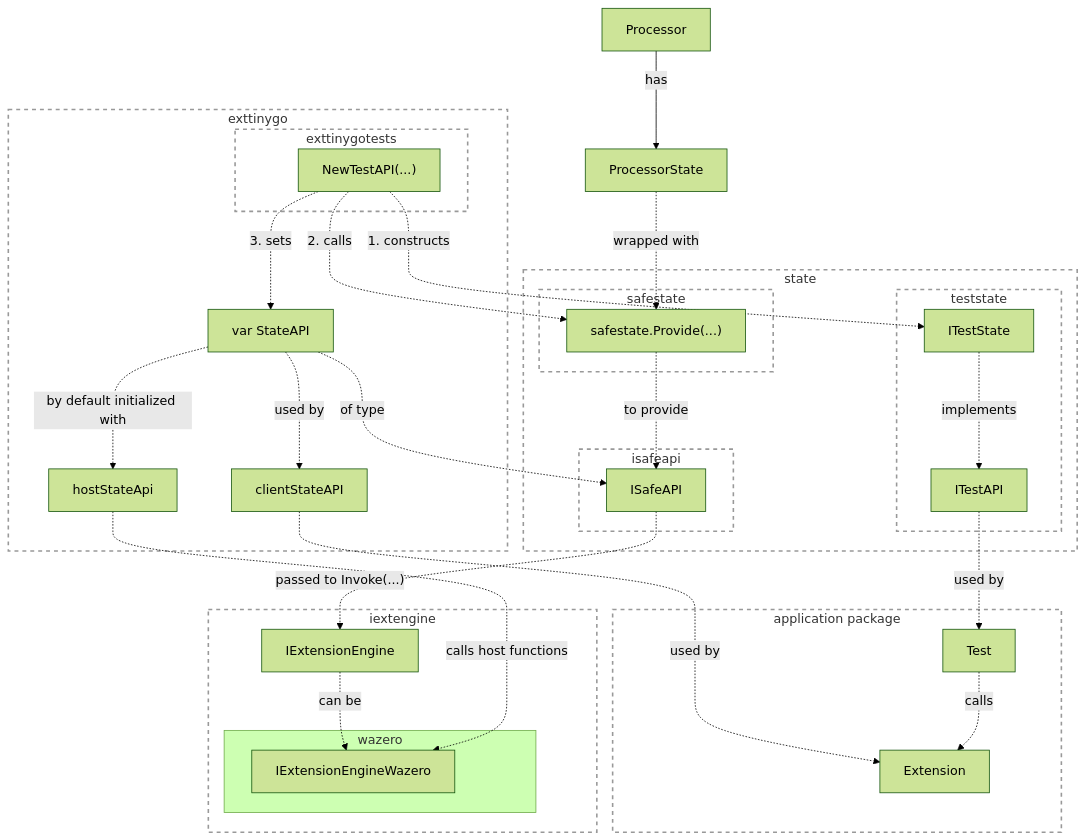
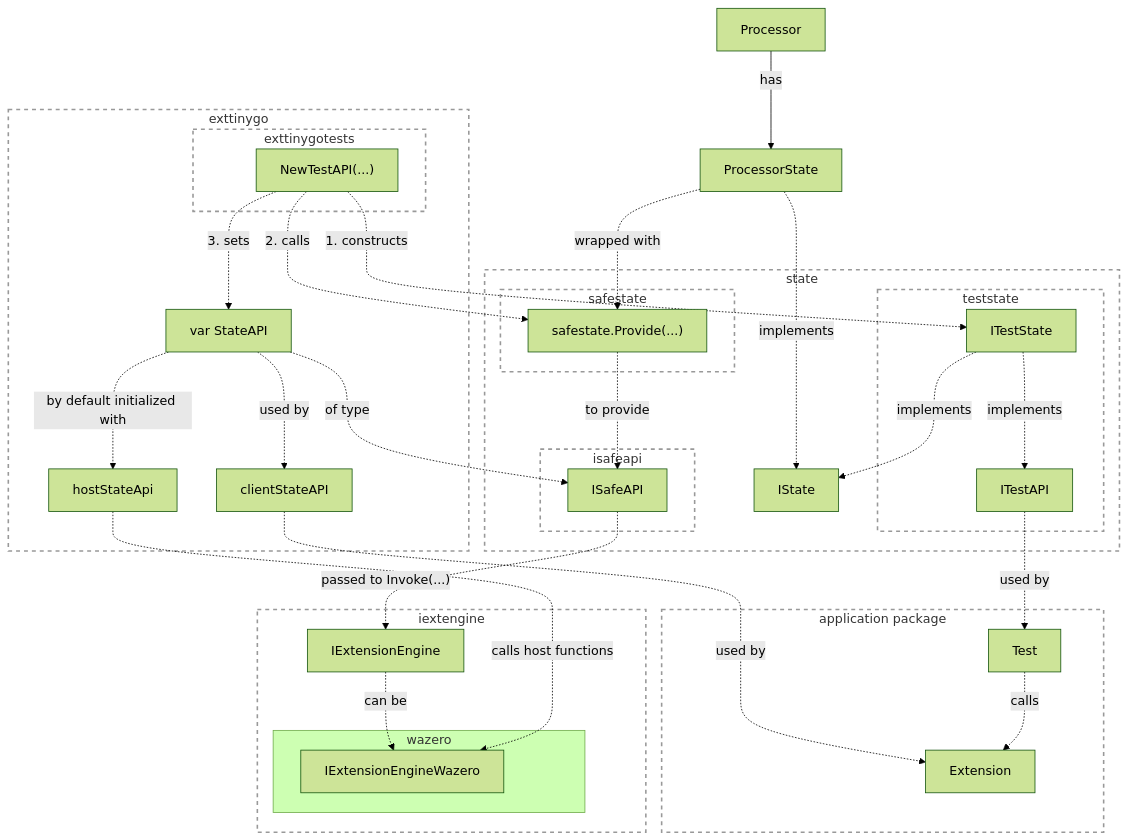
Before and after one commit to voedger/voedger: the diagram in pkg/state/README.md, drawn with Mermaid (forest theme).

Commit message:
state: readme

````diff
--- a/pkg/state/README.md
+++ b/pkg/state/README.md
@@ -2,67 +2,70 @@
 ```mermaid
 flowchart TD
     exttinygo:::G
     exttinygotests:::G
     state:::G
     isafeapi:::G
     safestate:::G
     teststate:::G
     iextengine:::G
     application:::G
     subgraph exttinygo
         internal.State["var StateAPI"]
         hostAPI["hostStateApi"]
         clientStateAPI["clientStateAPI"]
         subgraph exttinygotests
             NewTestAPI["NewTestAPI(...)"]
         end
     end
     subgraph state
+        IState
         subgraph isafeapi
             ISafeAPI["ISafeAPI"]
         end
         subgraph teststate
             ITestState["ITestState"]
             ITestAPI["ITestAPI"]
         end
         subgraph safestate
             safestate.Provide["safestate.Provide(...)"]
         end
     end
     subgraph application["application package"]
         Test
         Extension   
     end
     subgraph iextengine
         subgraph wazero
             IExtensionEngineWazero["IExtensionEngineWazero"]
         end
 
         IExtensionEngine["IExtensionEngine"]
     end
     
     internal.State -.-> |by default initialized with| hostAPI
     internal.State -.-> |of type| ISafeAPI
     internal.State -.-> |used by| clientStateAPI
 
     NewTestAPI -.-> |1. constructs| ITestState
     NewTestAPI -.-> |2. calls| safestate.Provide
     NewTestAPI -.-> |3. sets| internal.State
     ITestState -.-> |implements| ITestAPI
+    ITestState -.-> |implements| IState
+    ProcessorState -.-> |implements| IState
     ITestAPI -.-> |used by| Test
     safestate.Provide -.-> |to provide| ISafeAPI
 
     hostAPI -.-> |calls host functions| IExtensionEngineWazero
     IExtensionEngine -.-> |can be| IExtensionEngineWazero
 
 
     Processor --> |has| ProcessorState
     ProcessorState -.-> |wrapped with| safestate.Provide
     ISafeAPI -.-> |"passed to Invoke(...)"| IExtensionEngine
 
     Test -.-> |calls| Extension
     clientStateAPI -.-> |used by|Extension
 
 classDef G fill:#ffffff15, stroke:#999, stroke-width:2px, stroke-dasharray: 5 5
 
 ```
````
